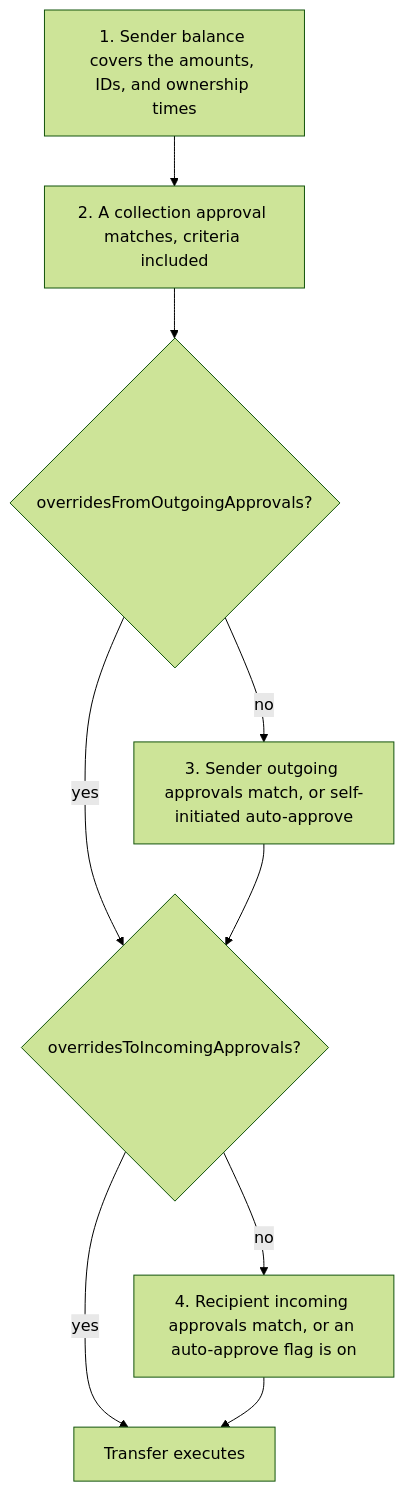
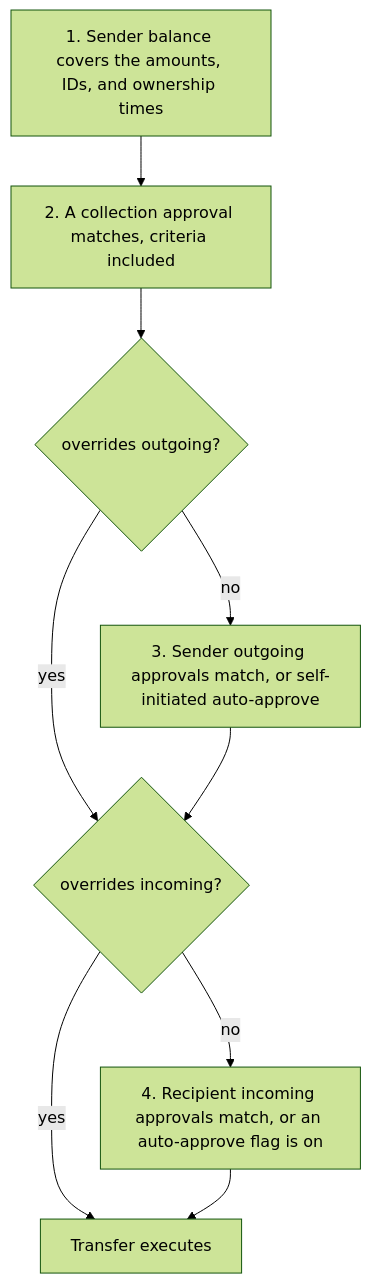
Before and after one commit to BitBadges/bitbadges-docs: the diagram in token-standard/concepts/transferability.md, drawn with Mermaid (forest theme). The commit also changed 3 other files, not shown here.

First line of the commit message:
fix(site): let diagrams inherit the page tokens instead of aliasing them

````diff
--- a/token-standard/concepts/transferability.md
+++ b/token-standard/concepts/transferability.md
@@ -76,11 +76,11 @@
 ```mermaid title="Transfer validation, in order"
 flowchart TD
   B["1. Sender balance covers the amounts, IDs, and ownership times"] --> C["2. A collection approval matches, criteria included"]
-  C --> O{"overridesFromOutgoingApprovals?"}
+  C --> O{"overrides outgoing?"}
   O -->|no| OA["3. Sender outgoing approvals match, or self-initiated auto-approve"]
-  O -->|yes| I{"overridesToIncomingApprovals?"}
+  O -->|yes| I{"overrides incoming?"}
   OA --> I
   I -->|no| IA["4. Recipient incoming approvals match, or an auto-approve flag is on"]
   I -->|yes| X["Transfer executes"]
   IA --> X
 ```
````
